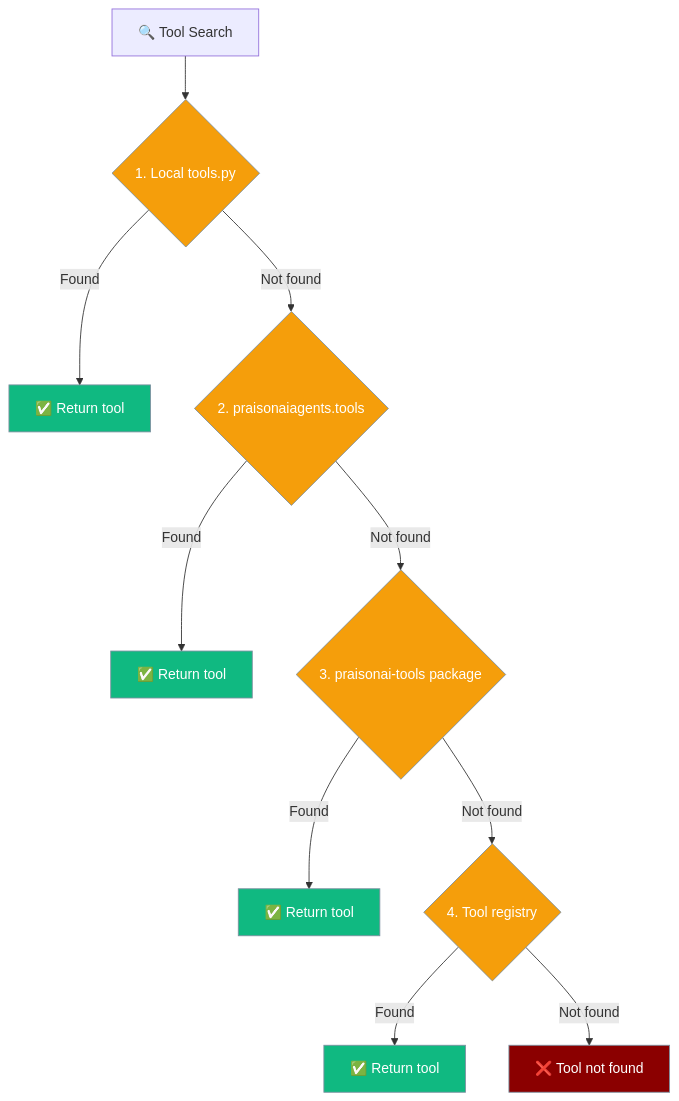
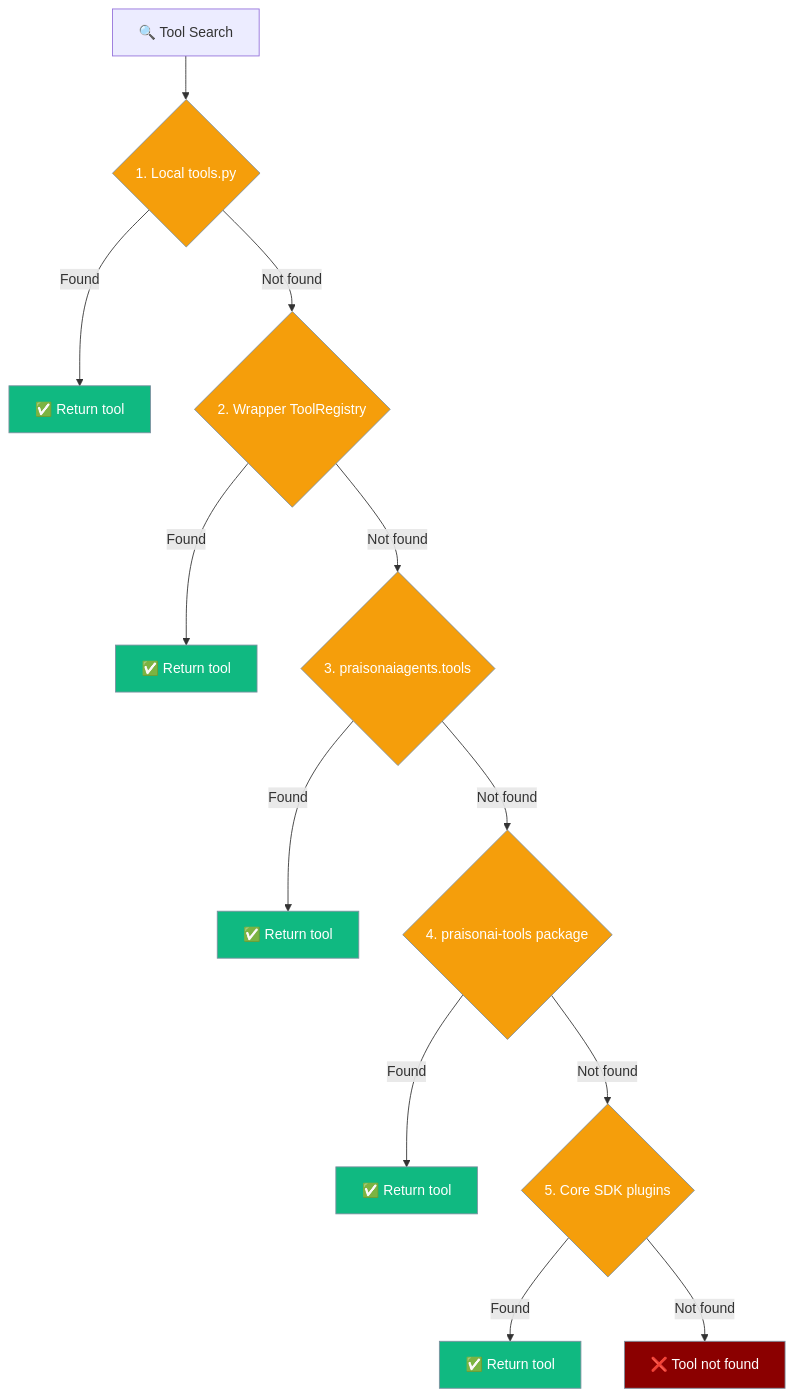
The second of 6 diagrams in docs/features/tool-resolver.mdx (MervinPraison/PraisonAIDocs), drawn with Mermaid before and after one commit. The commit also changed other lines of this file and 4 other files, not shown here.

````diff
--- a/docs/features/tool-resolver.mdx
+++ b/docs/features/tool-resolver.mdx
@@ -76,20 +76,22 @@
 ```mermaid
 graph TB
     Search[🔍 Tool Search] --> Step1{1. Local tools.py}
     Step1 -->|Found| Success1[✅ Return tool]
-    Step1 -->|Not found| Step2{2. praisonaiagents.tools}
+    Step1 -->|Not found| Step2{2. Wrapper ToolRegistry}
     Step2 -->|Found| Success2[✅ Return tool]
-    Step2 -->|Not found| Step3{3. praisonai-tools package}
-    Step3 -->|Found| Success3[✅ Return tool] 
-    Step3 -->|Not found| Step4{4. Tool registry}
+    Step2 -->|Not found| Step3{3. praisonaiagents.tools}
+    Step3 -->|Found| Success3[✅ Return tool]
+    Step3 -->|Not found| Step4{4. praisonai-tools package}
     Step4 -->|Found| Success4[✅ Return tool]
-    Step4 -->|Not found| NotFound[❌ Tool not found]
+    Step4 -->|Not found| Step5{5. Core SDK plugins}
+    Step5 -->|Found| Success5[✅ Return tool]
+    Step5 -->|Not found| NotFound[❌ Tool not found]
     
     classDef step fill:#F59E0B,stroke:#7C90A0,color:#fff
     classDef success fill:#10B981,stroke:#7C90A0,color:#fff
     classDef notfound fill:#8B0000,stroke:#7C90A0,color:#fff
     
-    class Step1,Step2,Step3,Step4 step
-    class Success1,Success2,Success3,Success4 success
+    class Step1,Step2,Step3,Step4,Step5 step
+    class Success1,Success2,Success3,Success4,Success5 success
     class NotFound notfound
 ```
````
